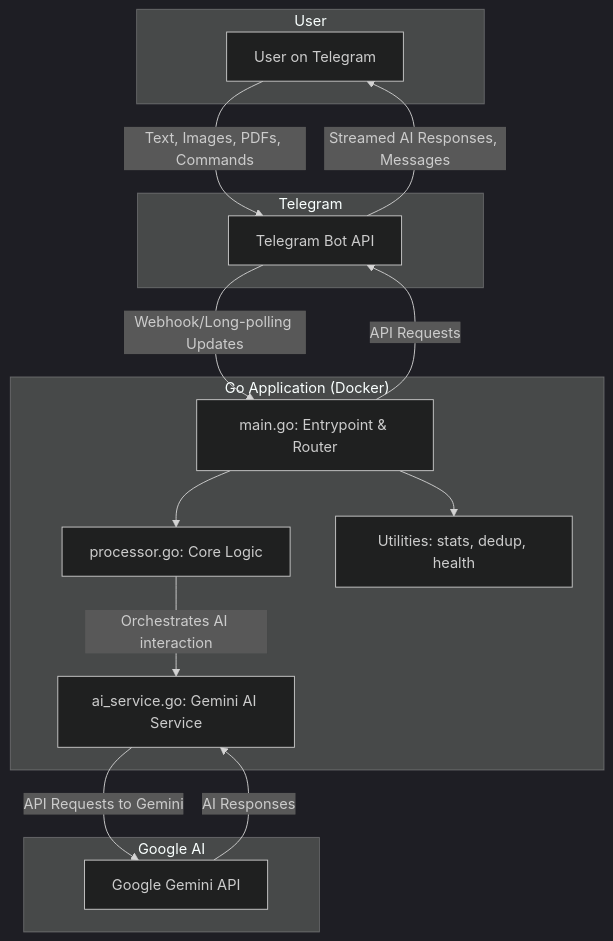
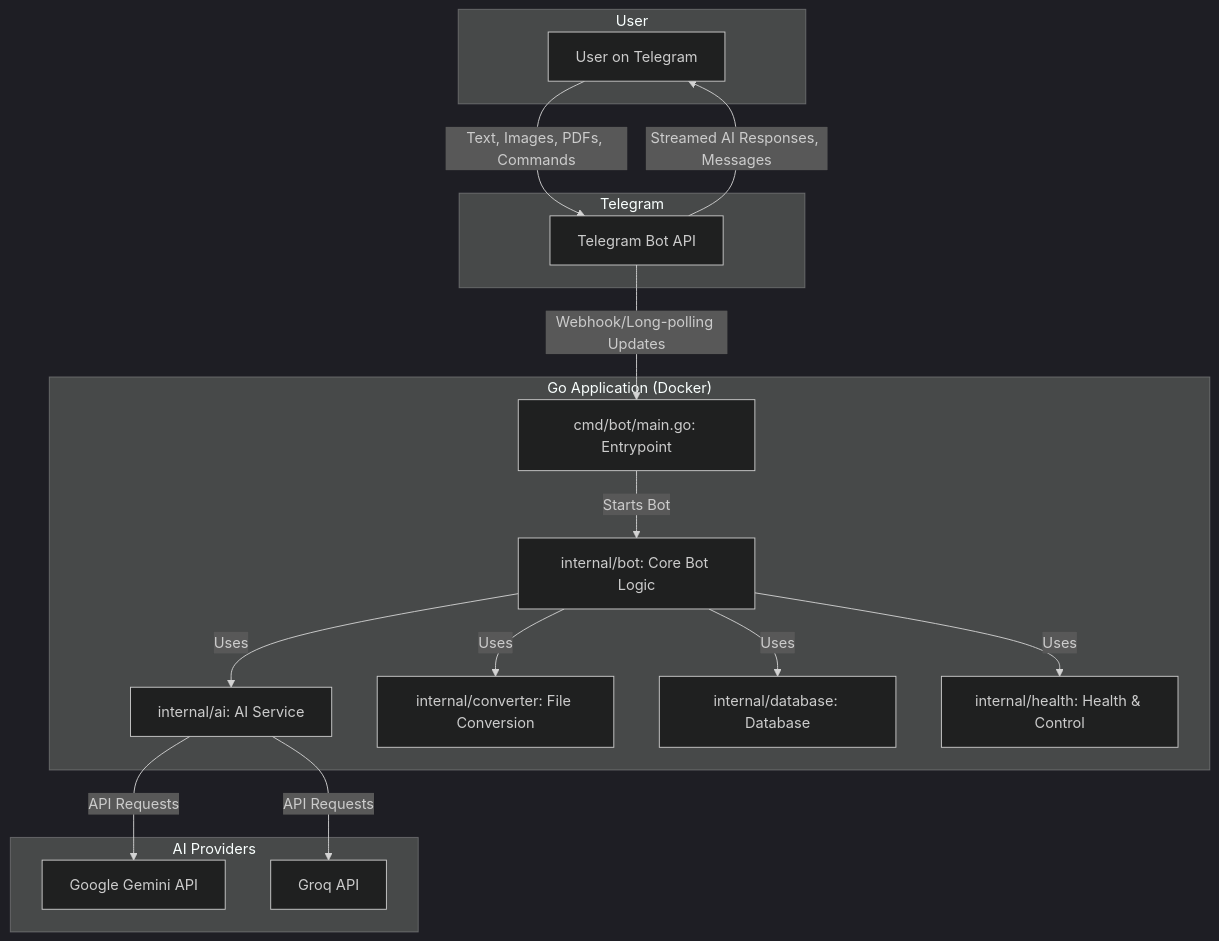
One commit to Ablay19/obsidian-vault changed the diagram in GEMINI.md. Above: the diagram before and after it, drawn with Mermaid (dark theme). The commit also changed other lines of this file and 41 other files, not shown here.

````diff
--- a/GEMINI.md
+++ b/GEMINI.md
@@ -50,31 +51,35 @@
 ```mermaid
 graph TD
     subgraph "User"
         A[User on Telegram]
     end
 
     subgraph "Telegram"
         B[Telegram Bot API]
     end
 
     subgraph "Go Application (Docker)"
-        C[main.go: Entrypoint & Router]
-        D[processor.go: Core Logic]
-        E[ai_service.go: Gemini AI Service]
-        F[Utilities: stats, dedup, health]
+        C[cmd/bot/main.go: Entrypoint]
+        D[internal/bot: Core Bot Logic]
+        E[internal/ai: AI Service]
+        F[internal/converter: File Conversion]
+        G[internal/database: Database]
+        H[internal/health: Health & Control]
     end
 
-    subgraph "Google AI"
-        G[Google Gemini API]
+    subgraph "AI Providers"
+        I[Google Gemini API]
+        J[Groq API]
     end
 
     A -- "Text, Images, PDFs, Commands" --> B
     B -- "Streamed AI Responses, Messages" --> A
     B -- "Webhook/Long-polling Updates" --> C
-    C -- "API Requests" --> B
-    C --> D
-    D -- "Orchestrates AI interaction" --> E
-    E -- "API Requests to Gemini" --> G
-    G -- "AI Responses" --> E
-    C --> F
+    C -- "Starts Bot" --> D
+    D -- "Uses" --> E
+    D -- "Uses" --> F
+    D -- "Uses" --> G
+    D -- "Uses" --> H
+    E -- "API Requests" --> I
+    E -- "API Requests" --> J
 ```
````
